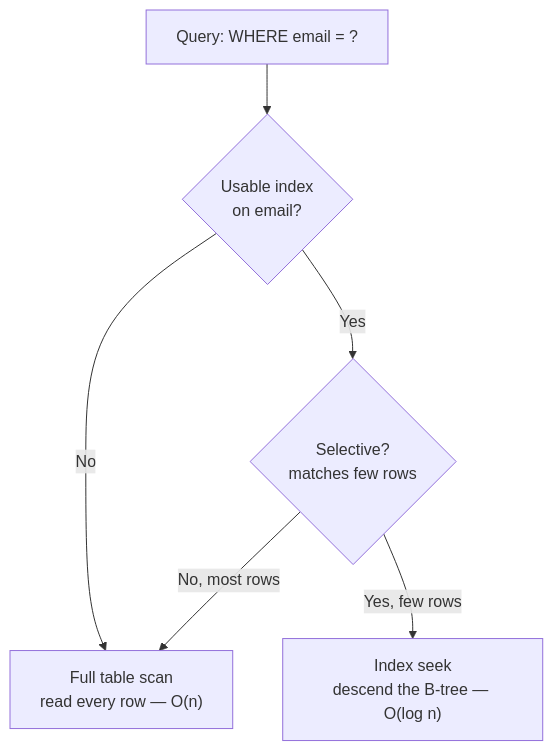
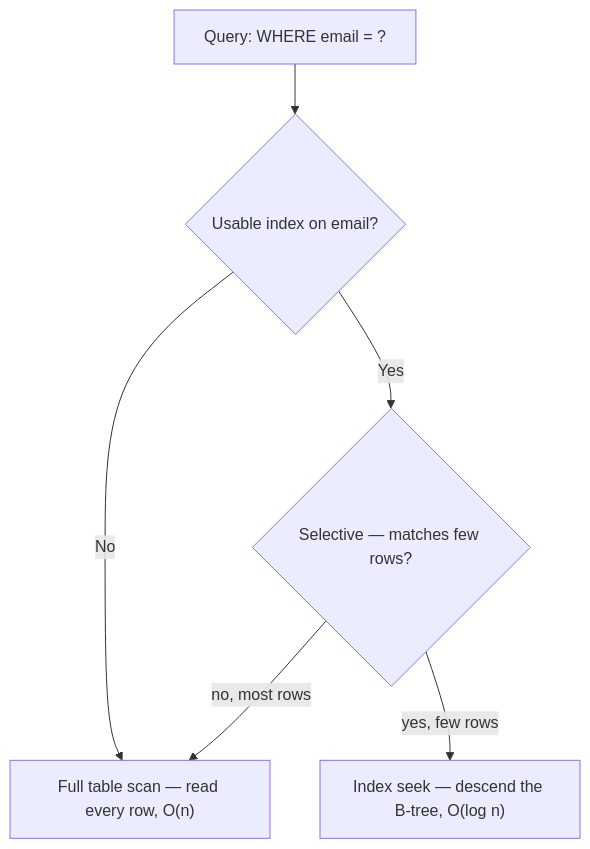
The first of 3 diagrams in src/modules/database/content/06-performance/01-how-indexes-work.md (mohammad-mriesh-job/cortex), drawn with Mermaid before and after one commit. The commit also changed other lines of this file and 257 other files, not shown here.

````diff
--- a/src/modules/database/content/06-performance/01-how-indexes-work.md
+++ b/src/modules/database/content/06-performance/01-how-indexes-work.md
@@ -27,8 +27,8 @@
 ```mermaid
 flowchart TD
-  Q["Query: WHERE email = ?"] --> D{"Usable index<br/>on email?"}
-  D -->|"No"| S["Full table scan<br/>read every row — O(n)"]
-  D -->|"Yes"| E{"Selective?<br/>matches few rows"}
-  E -->|"Yes, few rows"| I["Index seek<br/>descend the B-tree — O(log n)"]
-  E -->|"No, most rows"| S
+  Q["Query: WHERE email = ?"] --> D{"Usable index on email?"}
+  D -->|No| S["Full table scan — read every row, O(n)"]
+  D -->|Yes| E{"Selective — matches few rows?"}
+  E -->|"yes, few rows"| I["Index seek — descend the B-tree, O(log n)"]
+  E -->|"no, most rows"| S
 ```
````
